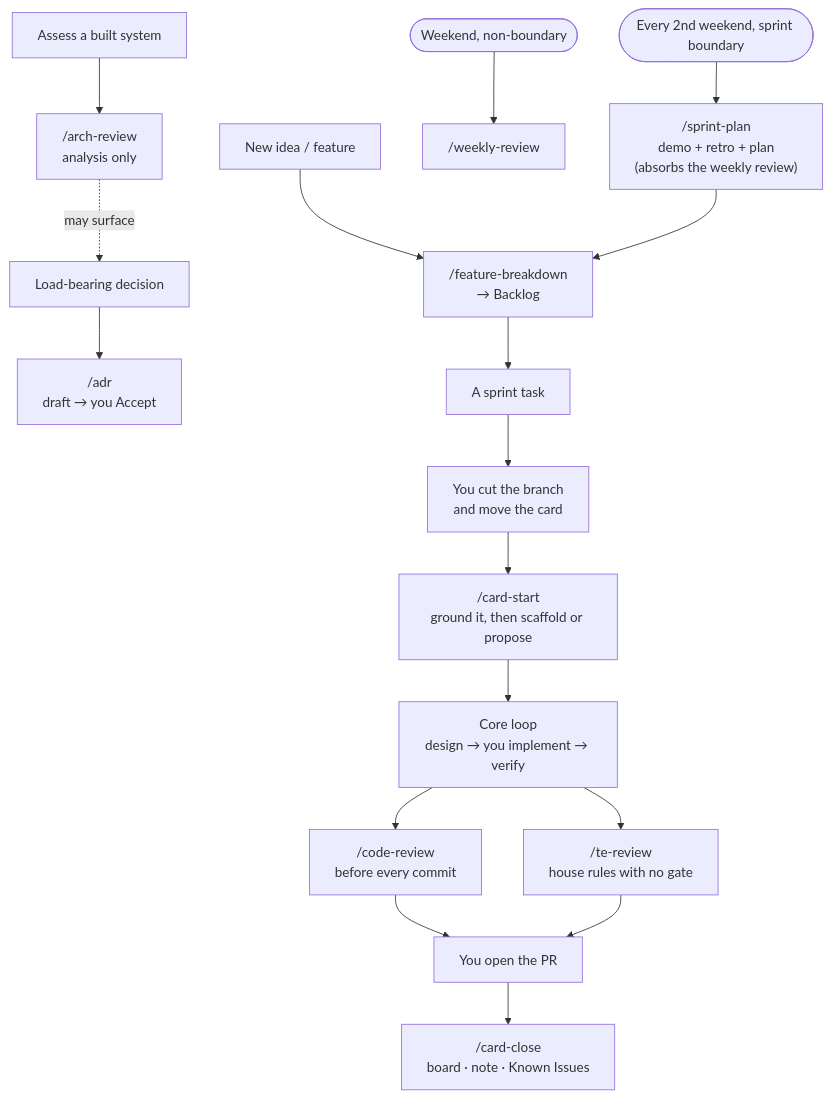
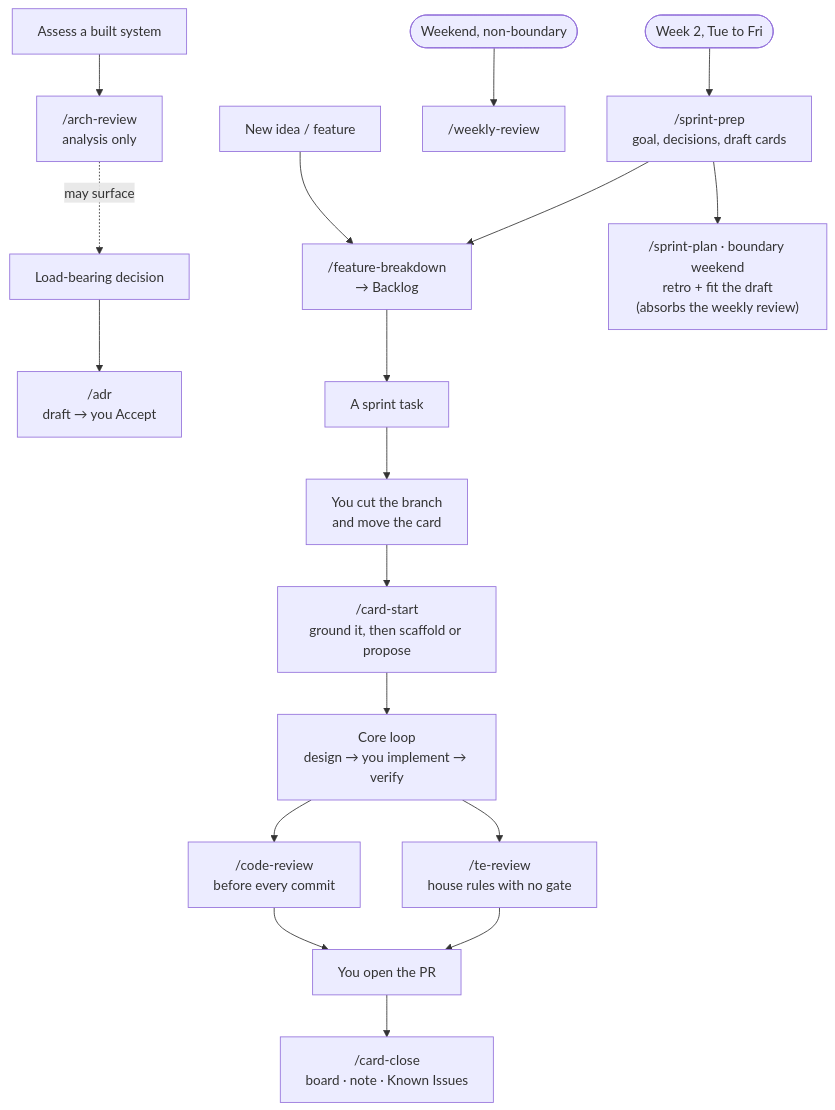
Before and after one commit to techattackteam/TechEngine-vault: the diagram in 08 AI/Working with Claude - Operating Guide.md, drawn with Mermaid. The commit also changed other lines of this file and 6 other files, not shown here.

````diff
--- a/08 AI/Working with Claude - Operating Guide.md
+++ b/08 AI/Working with Claude - Operating Guide.md
@@ -102,18 +80,19 @@
 ```mermaid
 flowchart TD
   IDEA["New idea / feature"] --> FB["/feature-breakdown<br/>→ Backlog"]
   DEC["Load-bearing decision"] --> ADR["/adr<br/>draft → you Accept"]
   SYS["Assess a built system"] --> AR["/arch-review<br/>analysis only"]
   AR -. may surface .-> DEC
   FB --> TASK["A sprint task"]
   TASK --> GO["You cut the branch<br/>and move the card"]
   GO --> CS["/card-start<br/>ground it, then scaffold or propose"]
   CS --> LOOP["Core loop<br/>design → you implement → verify"]
   LOOP --> CR["/code-review<br/>before every commit"]
   LOOP --> TR["/te-review<br/>house rules with no gate"]
   CR & TR --> PR["You open the PR"]
   PR --> CC["/card-close<br/>board · note · Known Issues"]
   SUN(["Weekend, non-boundary"]) --> WR["/weekly-review"]
-  LSUN(["Every 2nd weekend, sprint boundary"]) --> SP["/sprint-plan<br/>demo + retro + plan<br/>(absorbs the weekly review)"]
-  SP --> FB
+  WK2(["Week 2, Tue to Fri"]) --> PREP["/sprint-prep<br/>goal, decisions, draft cards"]
+  PREP --> SP["/sprint-plan · boundary weekend<br/>retro + fit the draft<br/>(absorbs the weekly review)"]
+  PREP --> FB
 ```
````
